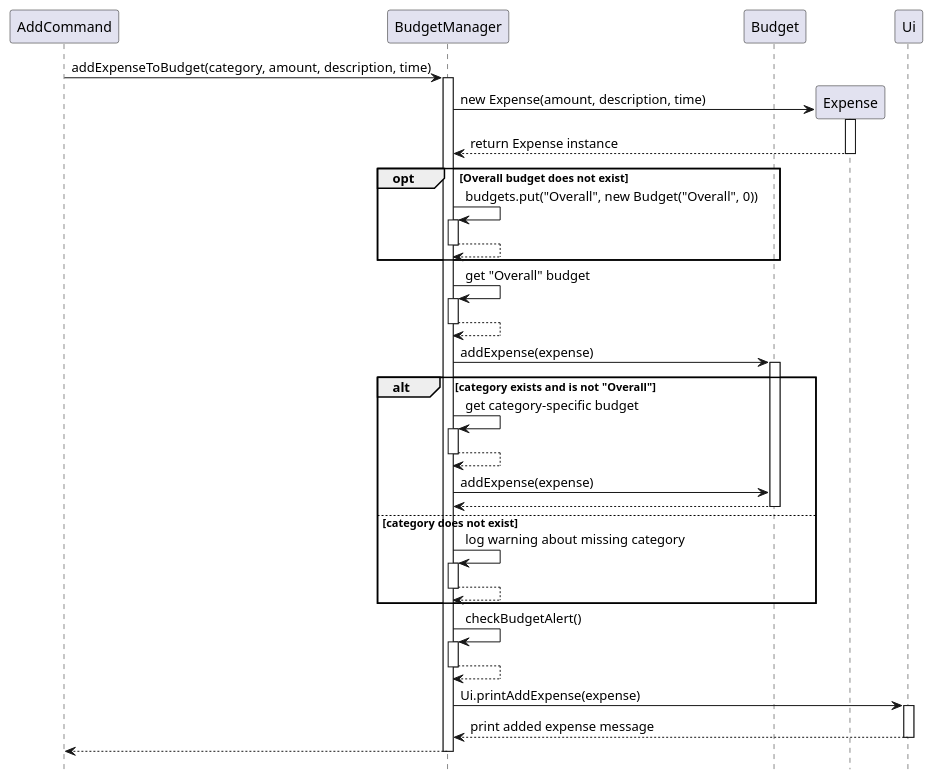
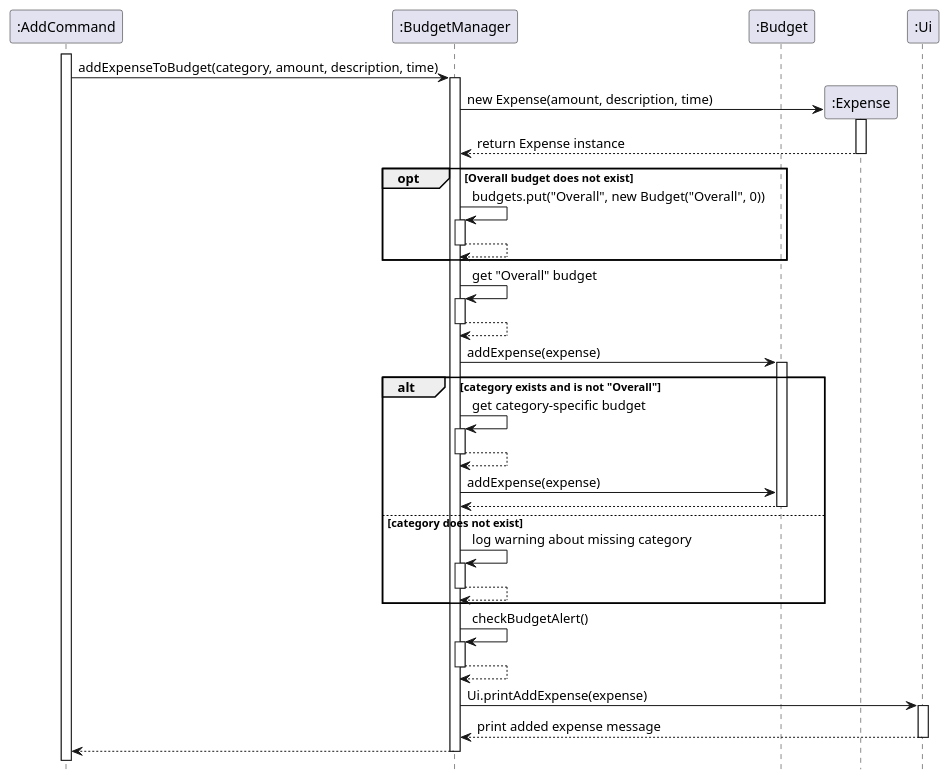
One commit to AY2425S2-CS2113-T12-4/tp changed the diagram in docs/diagrams/BudgetManagerAddSequenceDiagram.puml. Above: the diagram before and after it, drawn with PlantUML. The commit also changed 13 other files, not shown here.

Commit message:
Add diagrams to DG, update UG and PPP, and fix bug in edit expense function

```diff
--- a/docs/diagrams/BudgetManagerAddSequenceDiagram.puml
+++ b/docs/diagrams/BudgetManagerAddSequenceDiagram.puml
@@ -1,63 +1,64 @@
 @startuml
 hide circle
 skinparam classAttributeIconSize 0
 hide footbox
-participant "AddCommand" as XYZ
-participant "BudgetManager" as BM
-participant "Budget" as B
-participant "Expense" as E
+participant ":AddCommand" as XYZ
+participant ":BudgetManager" as BM
+participant ":Budget" as B
+participant ":Expense" as E
 
+activate XYZ
 XYZ -> BM: addExpenseToBudget(category, amount, description, time)
 activate BM
 
 create E
 BM -> E: new Expense(amount, description, time)
 activate E
 E --> BM: return Expense instance
 deactivate E
 
 opt Overall budget does not exist
     BM -> BM: budgets.put("Overall", new Budget("Overall", 0))
     activate BM
     BM -->BM
     deactivate BM
 end
 
 
 BM -> BM: get "Overall" budget
 activate BM
 BM -->BM
 deactivate BM
 BM -> B: addExpense(expense)
 
 activate B
 
 
 
 alt category exists and is not "Overall"
     BM -> BM: get category-specific budget
     activate BM
     BM -->BM
     deactivate BM
     BM -> B: addExpense(expense)
     B --> BM
     deactivate B
 
 else category does not exist
     BM -> BM: log warning about missing category
     activate BM
     BM -->BM
     deactivate BM
 end
 
 BM -> BM: checkBudgetAlert()
 activate BM
 BM -->BM
 deactivate BM
 
-BM -> Ui: Ui.printAddExpense(expense)
-activate Ui
+BM -> ":Ui": Ui.printAddExpense(expense)
+activate ":Ui"
 return print added expense message
 BM --> XYZ
 deactivate BM
 @enduml
```
